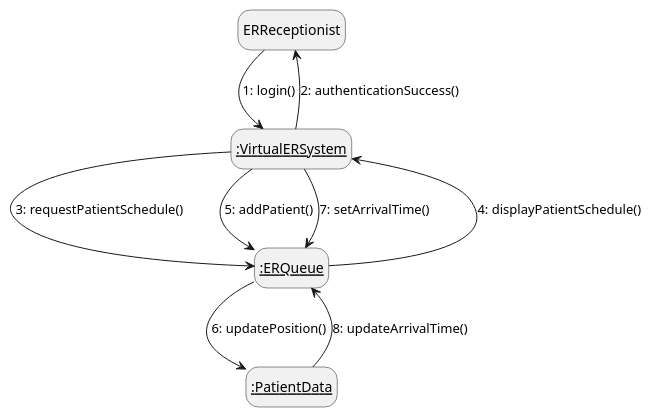
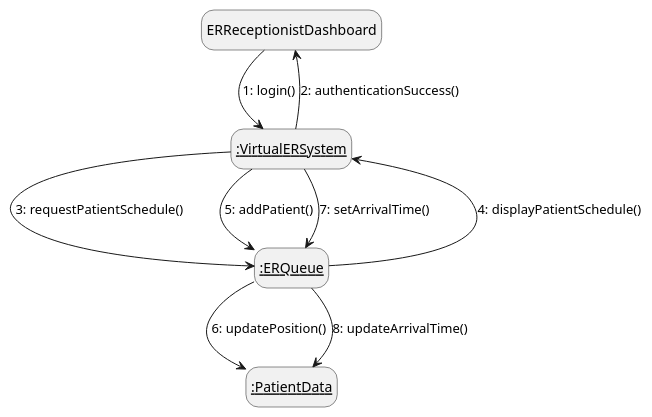
Before and after one commit to SENG-350-2024-fall/Group2: the diagram in milestone_2/Brandon_Diagrams/collaborationERReceptionist.puml, drawn with PlantUML. The commit also changed 11 other files, not shown here.

```diff
--- a/milestone_2/Brandon_Diagrams/collaborationERReceptionist.puml
+++ b/milestone_2/Brandon_Diagrams/collaborationERReceptionist.puml
@@ -1,13 +1,13 @@
 @startuml nurseCollaboration
 hide empty description
 
-ERReceptionist --> __:VirtualERSystem__ : 1: login()
-__:VirtualERSystem__ --> ERReceptionist : 2: authenticationSuccess()
+ERReceptionistDashboard --> __:VirtualERSystem__ : 1: login()
+__:VirtualERSystem__ --> ERReceptionistDashboard : 2: authenticationSuccess()
 __:VirtualERSystem__ --> __:ERQueue__ : 3: requestPatientSchedule() 
 __:ERQueue__ --> __:VirtualERSystem__ : 4: displayPatientSchedule()
 __:VirtualERSystem__ --> __:ERQueue__ : 5: addPatient()
 __:ERQueue__ --> __:PatientData__ : 6: updatePosition()
 __:VirtualERSystem__ --> __:ERQueue__ : 7: setArrivalTime()
-__:PatientData__ --> __:ERQueue__ : 8: updateArrivalTime()
+__:ERQueue__ --> __:PatientData__ : 8: updateArrivalTime()
 
 @enduml
```
